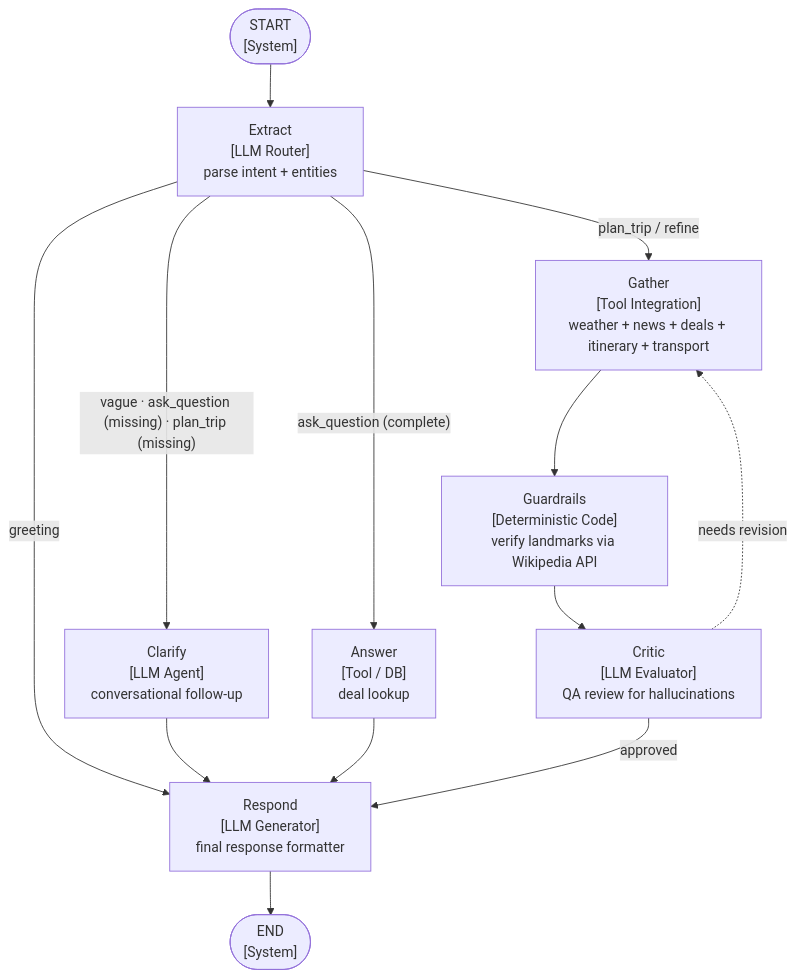
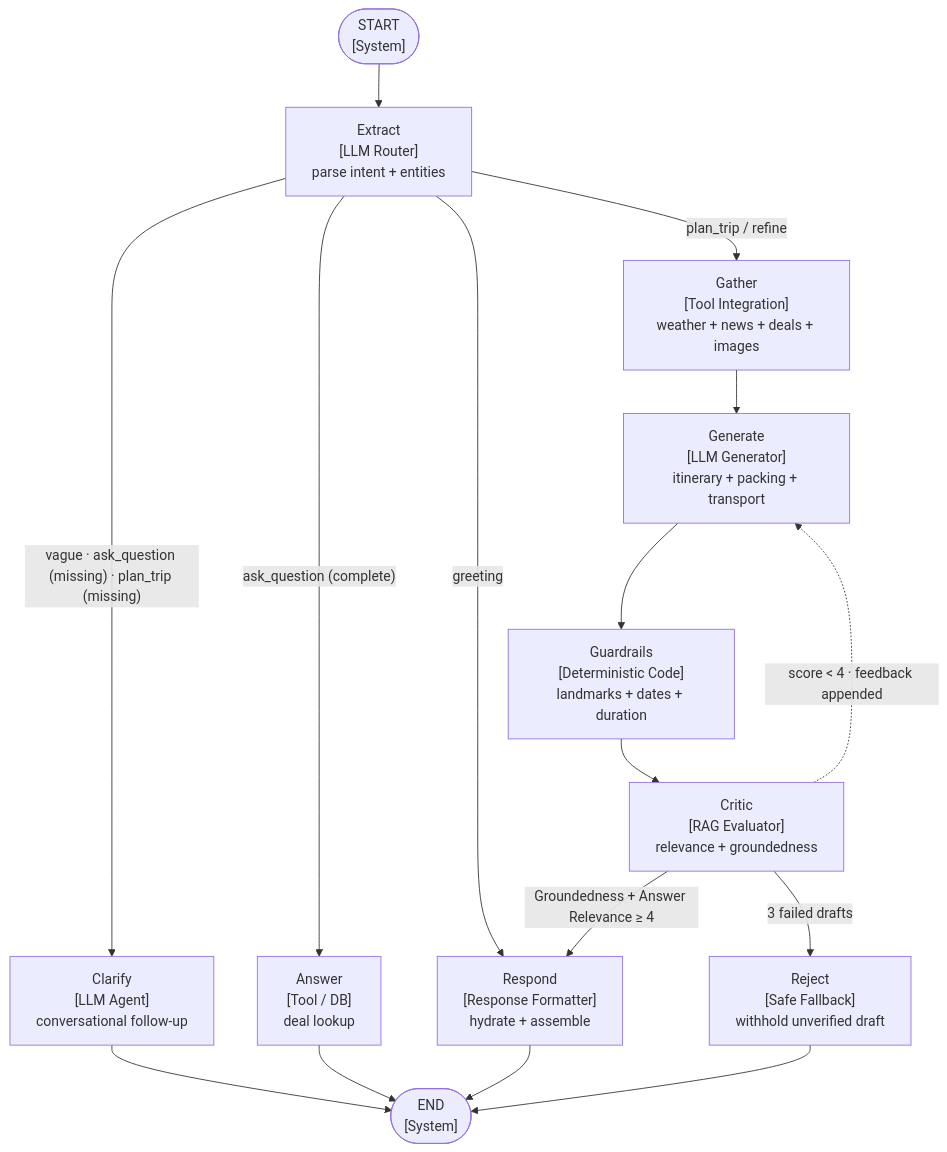
The diagram in README.md (hadileonard08/flight-deal-dashboard), drawn with Mermaid before and after one commit. The commit also changed other lines of this file and 5 other files, not shown here.

````diff
--- a/README.md
+++ b/README.md
@@ -58,37 +58,42 @@
 ```mermaid
 flowchart TD
     START(["START<br/>[System]"])
     END(["END<br/>[System]"])
 
     extract["Extract<br/>[LLM Router]<br/>parse intent + entities"]
     clarify["Clarify<br/>[LLM Agent]<br/>conversational follow-up"]
-    gather["Gather<br/>[Tool Integration]<br/>weather + news + deals + itinerary + transport"]
-    guardrails["Guardrails<br/>[Deterministic Code]<br/>verify landmarks via Wikipedia API"]
-    critic["Critic<br/>[LLM Evaluator]<br/>QA review for hallucinations"]
+    gather["Gather<br/>[Tool Integration]<br/>weather + news + deals + images"]
+    generate["Generate<br/>[LLM Generator]<br/>itinerary + packing + transport"]
+    guardrails["Guardrails<br/>[Deterministic Code]<br/>landmarks + dates + duration"]
+    critic["Critic<br/>[RAG Evaluator]<br/>relevance + groundedness"]
     answer["Answer<br/>[Tool / DB]<br/>deal lookup"]
-    respond["Respond<br/>[LLM Generator]<br/>final response formatter"]
+    respond["Respond<br/>[Response Formatter]<br/>hydrate + assemble"]
+    reject["Reject<br/>[Safe Fallback]<br/>withhold unverified draft"]
 
     %% Entry
     START --> extract
 
     %% Extract routing — consolidated labels to avoid overlap
     extract -->|"greeting"| respond
     extract -->|"vague · ask_question (missing) · plan_trip (missing)"| clarify
     extract -->|"ask_question (complete)"| answer
     extract -->|"plan_trip / refine"| gather
 
-    %% All user-facing nodes route through Respond
-    clarify --> respond
-    answer --> respond
+    %% Clarifications and direct answers are already final responses
+    clarify --> END
+    answer --> END
 
     %% Main pipeline
-    gather --> guardrails
+    gather --> generate
+    generate --> guardrails
     guardrails --> critic
 
-    %% Critic routing — spaced to avoid collision with Gather → Guardrails
-    critic -->|"approved"| respond
-    critic -.->|"needs revision"| gather
+    %% Retrieval runs once; only generation repeats during self-correction
+    critic -->|"Groundedness + Answer Relevance ≥ 4"| respond
+    critic -.->|"score < 4 · feedback appended"| generate
+    critic -->|"3 failed drafts"| reject
 
     %% Terminal
     respond --> END
+    reject --> END
 ```
````
